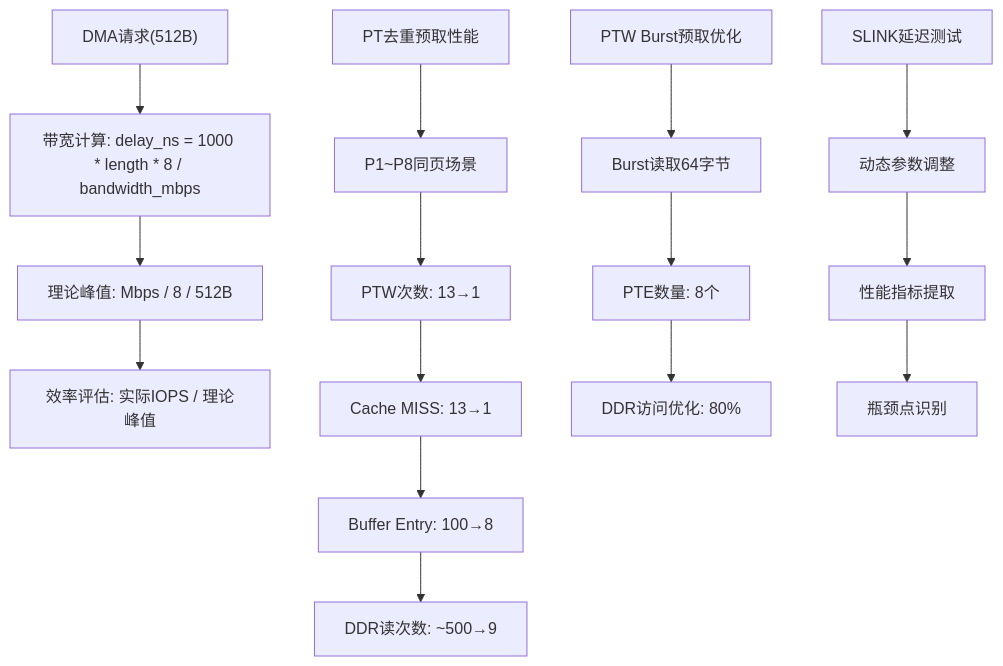
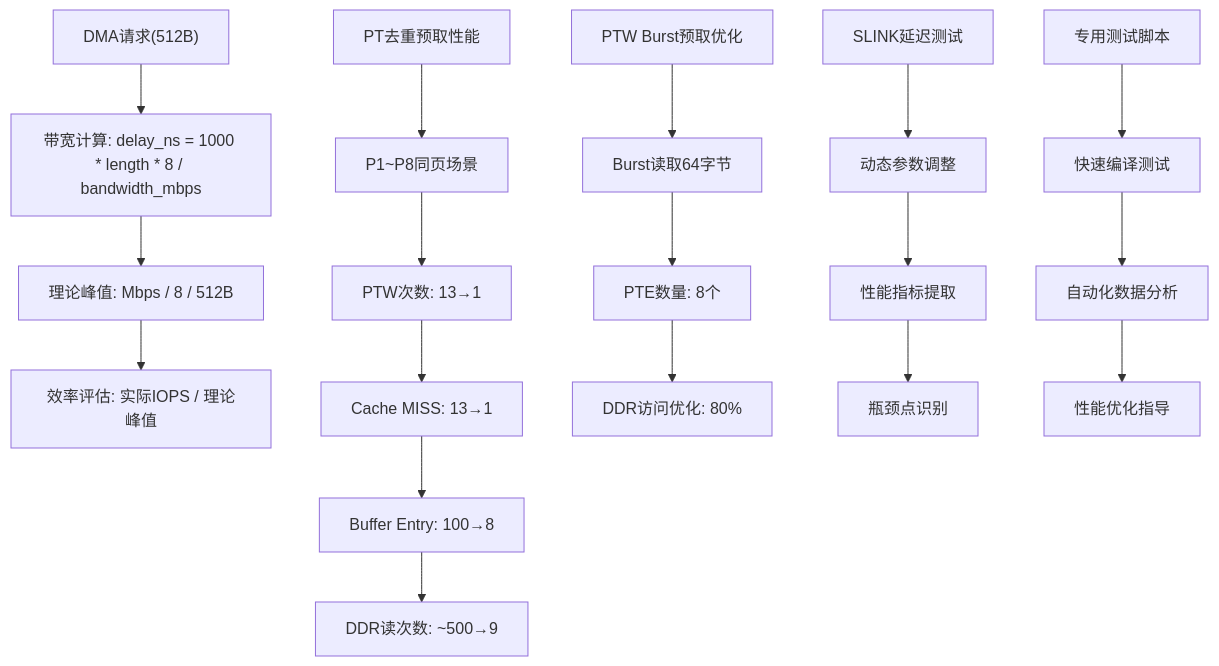
Before and after one commit to jiangjiang1122/iommu_model_20260401_v1: diagram 11 of 11 in .qoder/repowiki/zh/content/测试框架/测试框架.md, drawn with Mermaid. The commit also changed other lines of this file and 25 other files, not shown here.

````diff
--- a/.qoder/repowiki/zh/content/测试框架/测试框架.md
+++ b/.qoder/repowiki/zh/content/测试框架/测试框架.md
@@ -475,17 +568,20 @@
 ```mermaid
 flowchart TD
 A["DMA请求(512B)"] --> B["带宽计算: delay_ns = 1000 * length * 8 / bandwidth_mbps"]
 B --> C["理论峰值: Mbps / 8 / 512B"]
 C --> D["效率评估: 实际IOPS / 理论峰值"]
 E["PT去重预取性能"] --> F["P1~P8同页场景"]
 F --> G["PTW次数: 13→1"]
 G --> H["Cache MISS: 13→1"]
 H --> I["Buffer Entry: 100→8"]
 I --> J["DDR读次数: ~500→9"]
 K["PTW Burst预取优化"] --> L["Burst读取64字节"]
 L --> M["PTE数量: 8个"]
 M --> N["DDR访问优化: 80%"]
 O["SLINK延迟测试"] --> P["动态参数调整"]
 P --> Q["性能指标提取"]
 Q --> R["瓶颈点识别"]
+S["专用测试脚本"] --> T["快速编译测试"]
+T --> U["自动化数据分析"]
+U --> V["性能优化指导"]
 ```
````
